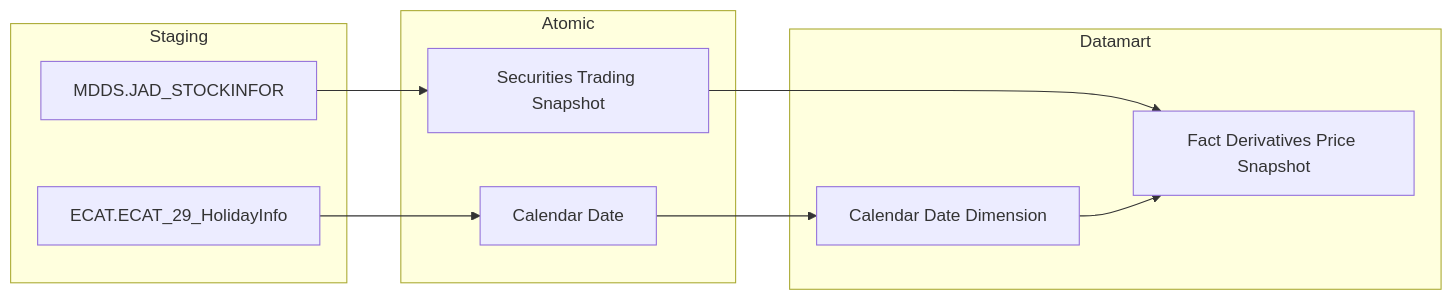
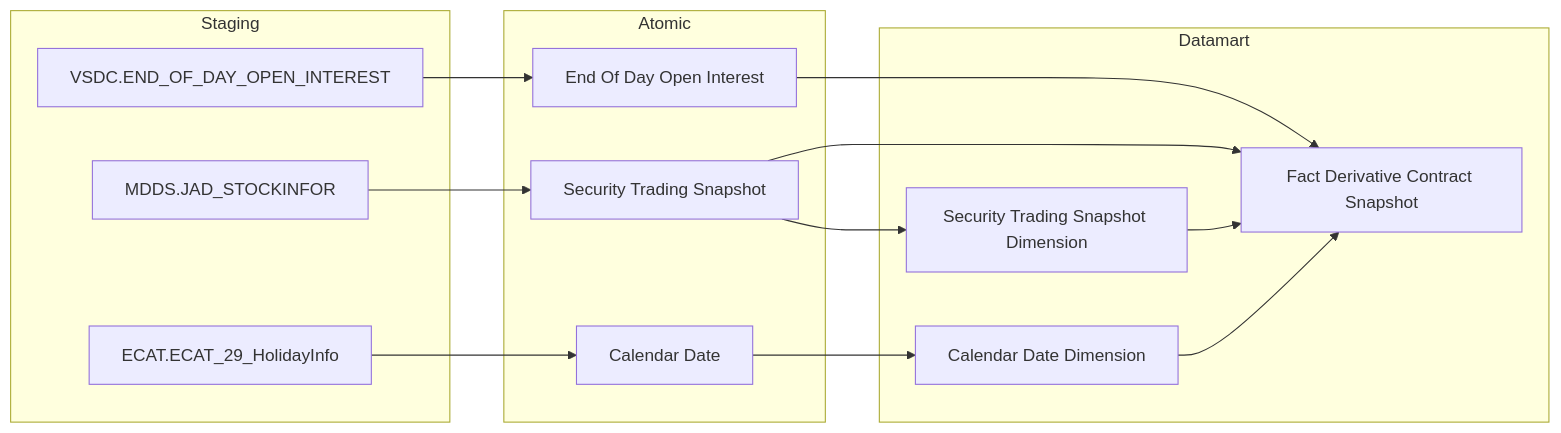
The third of 40 diagrams in Datamart/hld/DTM_VP_HLD.md (linhlvit/ubck_atomic_design), drawn with Mermaid before and after one commit. The commit also changed other lines of this file and 25 other files, not shown here.

````diff
--- a/Datamart/hld/DTM_VP_HLD.md
+++ b/Datamart/hld/DTM_VP_HLD.md
@@ -70,20 +72,27 @@
 ```mermaid
 flowchart LR
     subgraph SRC["Staging"]
-        MDDS_JAD_STOCKINFOR3["MDDS.JAD_STOCKINFOR"]
-        ECAT_ECAT_29_HolidayInfo3["ECAT.ECAT_29_HolidayInfo"]
+        VSDC_END_OF_DAY_OPEN_INTEREST["VSDC.END_OF_DAY_OPEN_INTEREST"]
+        MDDS_JAD_STOCKINFOR["MDDS.JAD_STOCKINFOR"]
+        ECAT_ECAT_29_HolidayInfo["ECAT.ECAT_29_HolidayInfo"]
     end
     subgraph SIL["Atomic"]
-        Securities_Trading_Snapshot3["Securities Trading Snapshot"]
-        Calendar_Date3["Calendar Date"]
+        End_Of_Day_Open_Interest["End Of Day Open Interest"]
+        Security_Trading_Snapshot["Security Trading Snapshot"]
+        Calendar_Date["Calendar Date"]
     end
     subgraph GOLD["Datamart"]
-        fct_derv_prc_snpst["Fact Derivatives Price Snapshot"]
-        cdr_dt_dim3["Calendar Date Dimension"]
+        Calendar_Date_Dimension["Calendar Date Dimension"]
+        Security_Trading_Snapshot_Dimension["Security Trading Snapshot Dimension"]
+        Fact_Derivative_Contract_Snapshot["Fact Derivative Contract Snapshot"]
     end
-    MDDS_JAD_STOCKINFOR3 --> Securities_Trading_Snapshot3
-    ECAT_ECAT_29_HolidayInfo3 --> Calendar_Date3
-    Securities_Trading_Snapshot3 --> fct_derv_prc_snpst
-    Calendar_Date3 --> cdr_dt_dim3
-    cdr_dt_dim3 --> fct_derv_prc_snpst
+    VSDC_END_OF_DAY_OPEN_INTEREST --> End_Of_Day_Open_Interest
+    MDDS_JAD_STOCKINFOR --> Security_Trading_Snapshot
+    ECAT_ECAT_29_HolidayInfo --> Calendar_Date
+    End_Of_Day_Open_Interest --> Fact_Derivative_Contract_Snapshot
+    Security_Trading_Snapshot --> Fact_Derivative_Contract_Snapshot
+    Security_Trading_Snapshot --> Security_Trading_Snapshot_Dimension
+    Calendar_Date --> Calendar_Date_Dimension
+    Calendar_Date_Dimension --> Fact_Derivative_Contract_Snapshot
+    Security_Trading_Snapshot_Dimension --> Fact_Derivative_Contract_Snapshot
 ```
````
